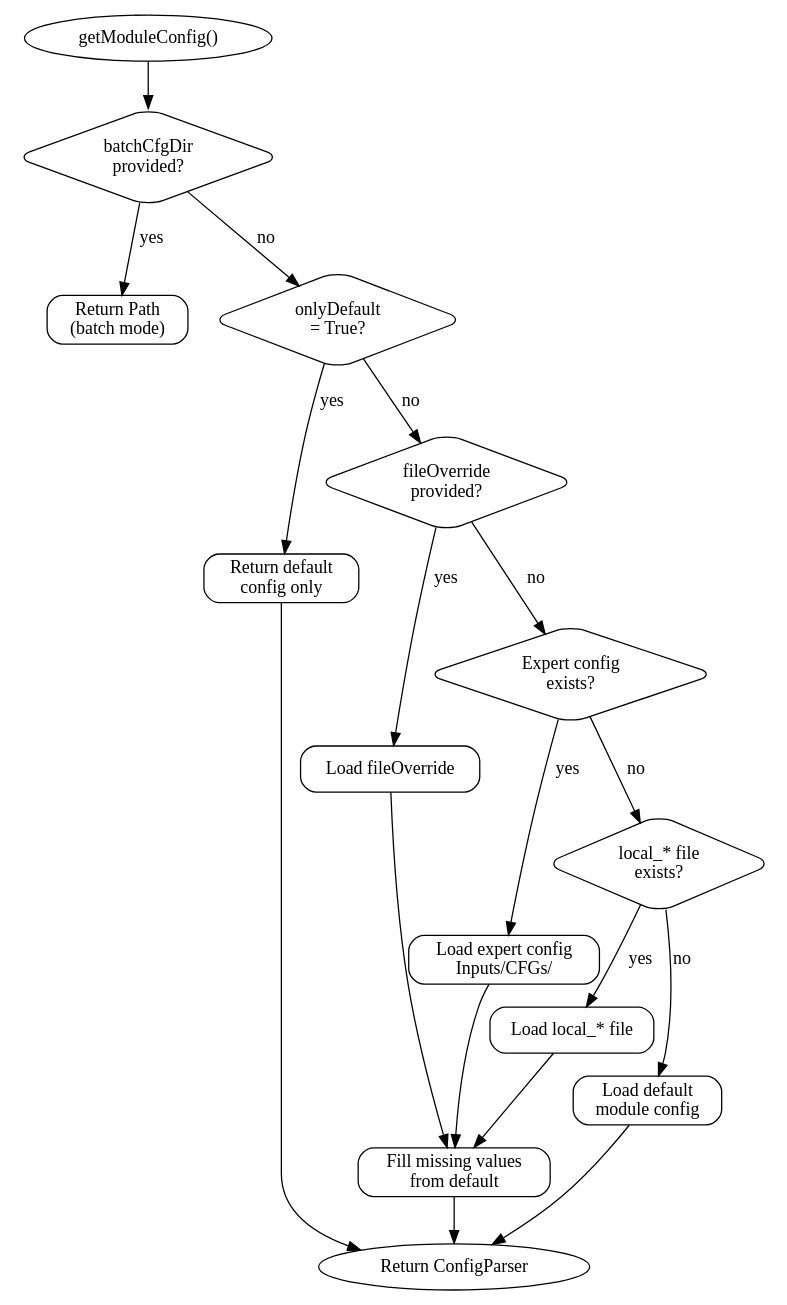
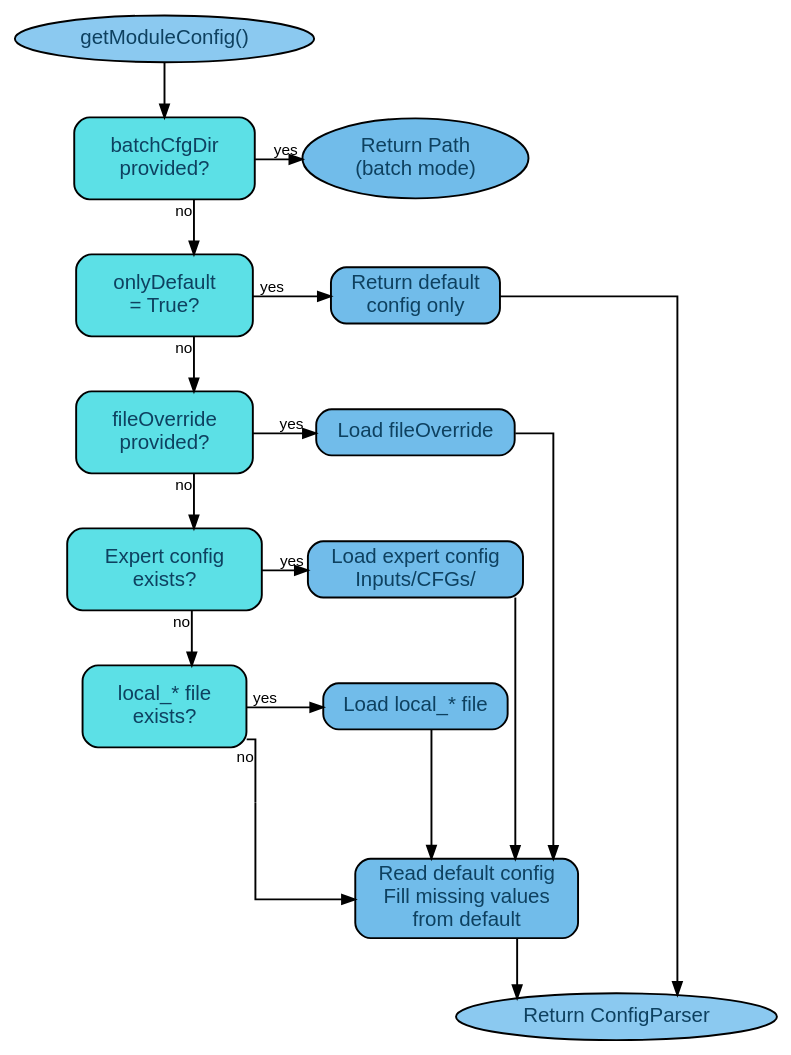
One commit to OpenNHM/AvaFrame changed the diagram in docs/configuration.rst. Above: the diagram before and after it, drawn with Graphviz. The commit also changed other lines of this file, not shown here.

Commit message:
docs(configuration): update `getModuleConfig` documentation and improve diagram readability
docs(configuration): improve `getModuleConfig` diagram and override instructions

docs(configuration): clarify local config handling and update flowchart adjustments

```diff
--- a/docs/configuration.rst
+++ b/docs/configuration.rst
@@ -61,40 +61,68 @@
 .. graphviz::
 
    digraph config_priority {
       rankdir=TB
-      node [shape=box, style=rounded]
+      newrank=true
+      graph [ranksep=0.6, nodesep=0.5, splines=ortho, fontname="helvetica", fontsize="20", fontcolor="#0E4160"]
+      node [shape=box, style="rounded,filled", fontsize=16, fontcolor="#0E4160", fontname="helvetica", fillcolor="#51ADE5cf", penwidth=1.5]
+      edge [fontname="helvetica", fontsize="12", penwidth=1.5]
 
-      start [label="getModuleConfig()", shape=ellipse]
-      batch [label="batchCfgDir\nprovided?", shape=diamond]
-      batch_ret [label="Return Path\n(batch mode)"]
-      only [label="onlyDefault\n= True?", shape=diamond]
+      // Entry and exit points
+      start [label="getModuleConfig()", shape=ellipse, fillcolor="#8BC9F0"]
+      done [label="Return ConfigParser", shape=ellipse, fillcolor="#8BC9F0"]
+
+      // Question nodes (left column)
+      batch [label="batchCfgDir\nprovided?", shape=box, fillcolor="#5ce0e6", margin="0.3,0.2"]
+      only [label="onlyDefault\n= True?", shape=box, fillcolor="#5ce0e6", margin="0.3,0.2"]
+      file [label="fileOverride\nprovided?", shape=box, fillcolor="#5ce0e6", margin="0.3,0.2"]
+      expert [label="Expert config\nexists?", shape=box, fillcolor="#5ce0e6", margin="0.3,0.2"]
+      local [label="local_* file\nexists?", shape=box, fillcolor="#5ce0e6", margin="0.3,0.2"]
+
+      // Action nodes (right column)
+      batch_ret [label="Return Path\n(batch mode)", shape=ellipse]
       only_ret [label="Return default\nconfig only"]
-      file [label="fileOverride\nprovided?", shape=diamond]
       file_load [label="Load fileOverride"]
-      expert [label="Expert config\nexists?", shape=diamond]
       expert_load [label="Load expert config\nInputs/CFGs/"]
-      local [label="local_* file\nexists?", shape=diamond]
       local_load [label="Load local_* file"]
-      default [label="Load default\nmodule config"]
-      merge [label="Fill missing values\nfrom default", shape=box]
-      done [label="Return ConfigParser", shape=ellipse]
+      merge [label="Read default config\nFill missing values\nfrom default"]
 
+      // Force horizontal alignment of question-answer pairs
+      {rank=same; batch; batch_ret}
+      {rank=same; only; only_ret}
+      {rank=same; file; file_load}
+      {rank=same; expert; expert_load}
+      {rank=same; local; local_load}
+
+      // Invisible chain to enforce vertical alignment of questions (left column)
+      batch -> only -> file -> expert -> local [style=invis, weight=100]
+
+      // Invisible chain to enforce vertical alignment of actions (right column)
+      batch_ret -> only_ret -> file_load -> expert_load -> local_load [style=invis, weight=100]
+
+      // Main flow: entry
       start -> batch
-      batch -> batch_ret [label="yes"]
-      batch -> only [label="no"]
-      only -> only_ret [label="yes"]
-      only -> file [label="no"]
-      file -> file_load [label="yes"]
-      file -> expert [label="no"]
-      expert -> expert_load [label="yes"]
-      expert -> local [label="no"]
-      local -> local_load [label="yes"]
-      local -> default [label="no"]
 
-      file_load -> merge
-      expert_load -> merge
+      // Main flow: "no" path (down the left column)
+      batch -> only [xlabel="no"]
+      only -> file [xlabel="no"]
+      file -> expert [xlabel="no"]
+      expert -> local [xlabel="no"]
+      // Invisible node to route "no" edge from local down then right to merge
+      local_merge_route [shape=point, width=0, height=0]
+      local -> local_merge_route [dir=none, xlabel="no"]
+      local_merge_route -> merge
+
+      // Main flow: "yes" path (to the right column)
+      batch -> batch_ret [xlabel="yes"]
+      only -> only_ret [xlabel="yes"]
+      file -> file_load [xlabel="yes"]
+      expert -> expert_load [xlabel="yes"]
+      local -> local_load [xlabel="yes"]
+
+      // Convergence to merge and exit
+      file_load:e -> merge:ne
+      expert_load:se -> merge:ne
       local_load -> merge
-      default -> done
       only_ret -> done
       merge -> done
    }
```
